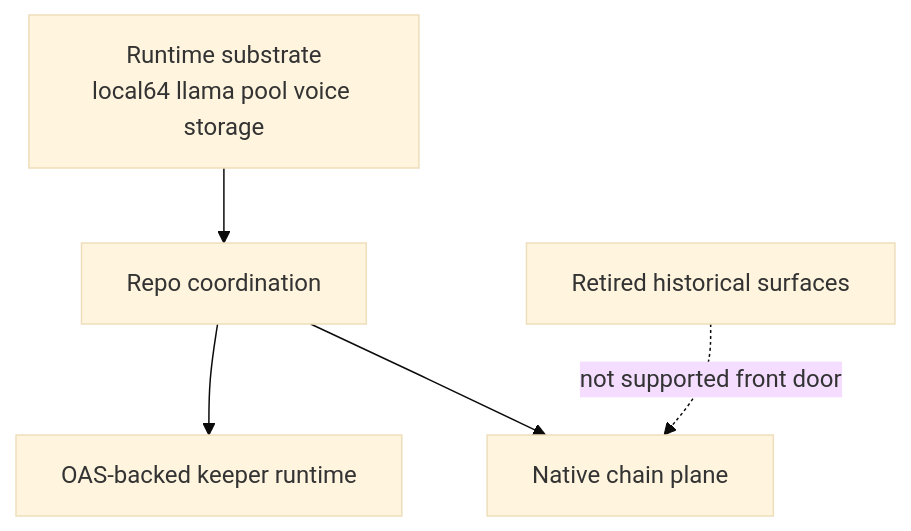
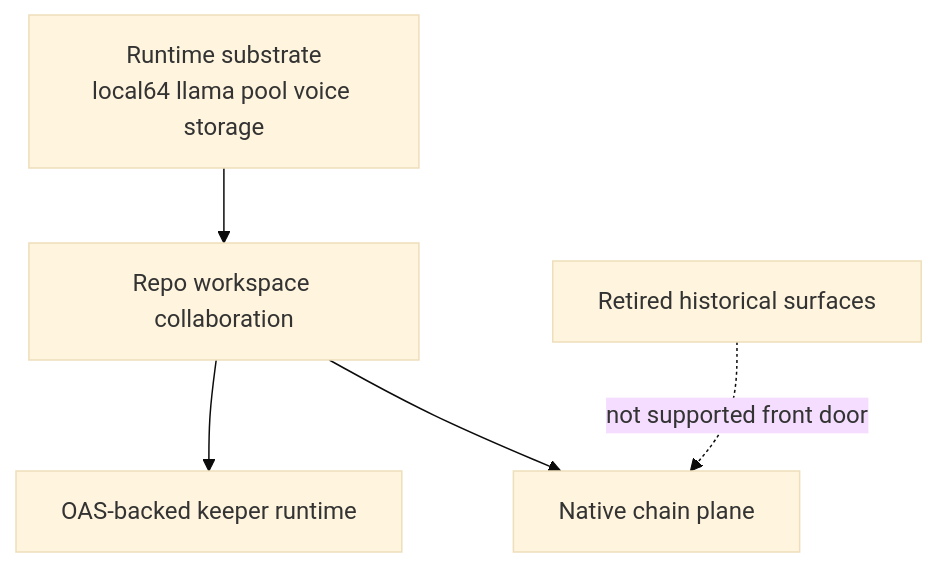
One commit to jeong-sik/masc changed the fourth of 4 diagrams in docs/MCP-SURFACE-AUDIT.md. Above: the diagram before and after it, drawn with Mermaid (base theme). The commit also changed other lines of this file and 359 other files, not shown here.

````diff
--- a/docs/MCP-SURFACE-AUDIT.md
+++ b/docs/MCP-SURFACE-AUDIT.md
@@ -126,8 +126,8 @@
 ```mermaid
 flowchart TD
-  Runtime[Runtime substrate<br/>local64 llama pool voice storage] --> Coordination[Repo coordination]
-  Coordination --> Keeper[OAS-backed keeper runtime]
-  Coordination --> Orchestration[Native chain plane]
+  Runtime[Runtime substrate<br/>local64 llama pool voice storage] --> Workspace[Repo workspace collaboration]
+  Workspace --> Keeper[OAS-backed keeper runtime]
+  Workspace --> Orchestration[Native chain plane]
 
   Secondary[Retired historical surfaces] -. not supported front door .-> Orchestration
 ```
````
